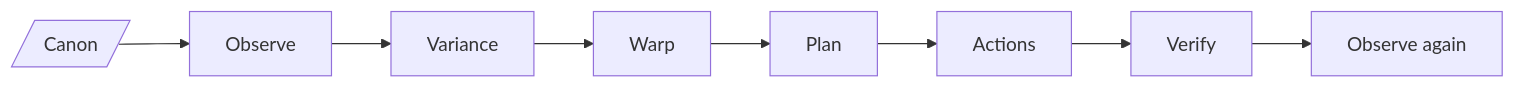
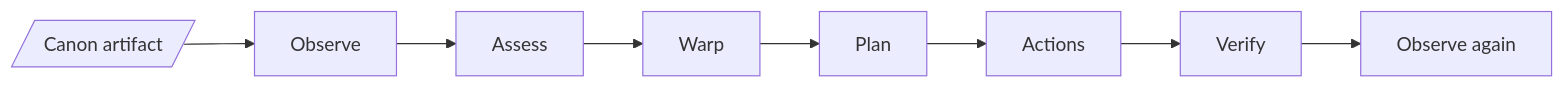
One commit to kmosoti/Nomos changed diagram 15 of 20 in docs/PROJECT-SPEC.md. Above: the diagram before and after it, drawn with Mermaid. The commit also changed other lines of this file and 17 other files, not shown here.

````diff
--- a/docs/PROJECT-SPEC.md
+++ b/docs/PROJECT-SPEC.md
@@ -664,4 +707,4 @@
 ```mermaid
 flowchart LR
-    C[/"Canon"/] --> O["Observe"] --> V["Variance"] --> W["Warp"] --> P["Plan"] --> A["Actions"] --> VF["Verify"] --> O2["Observe again"]
+    C[/"Canon artifact"/] --> O["Observe"] --> AS["Assess"] --> W["Warp"] --> P["Plan"] --> A["Actions"] --> VF["Verify"] --> O2["Observe again"]
 ```
````
